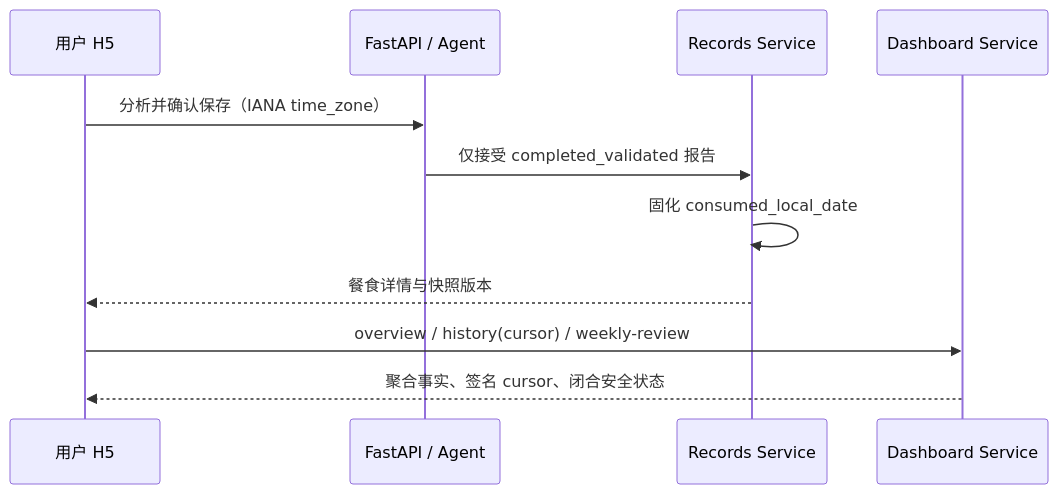
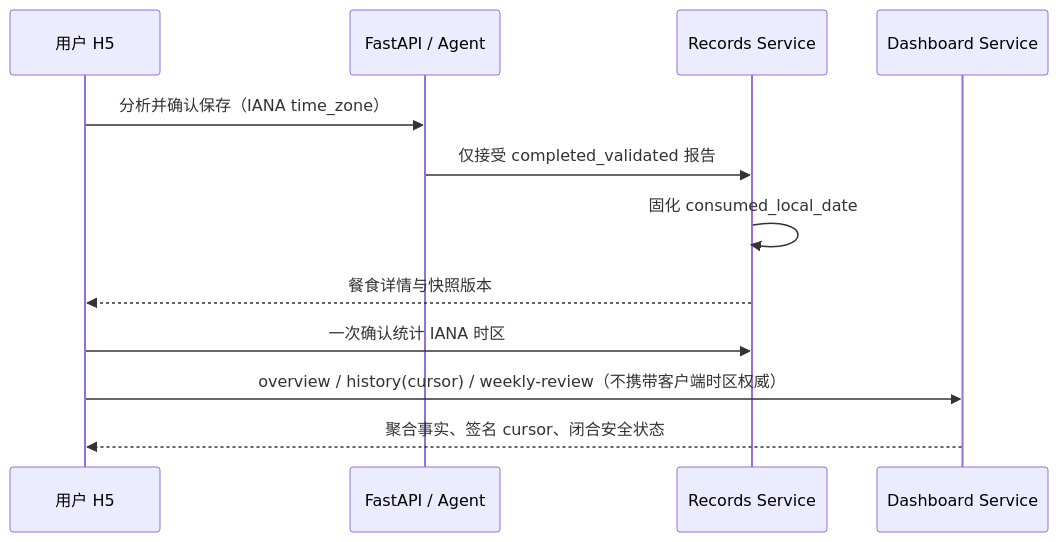
One commit to HuaguoshanLab/identify-food-calories changed the third of 4 diagrams in README.md. Above: the diagram before and after it, drawn with Mermaid. The commit also changed other lines of this file and 2 other files, not shown here.

````diff
--- a/README.md
+++ b/README.md
@@ -107,13 +119,14 @@
 ```mermaid
 sequenceDiagram
   participant U as 用户 H5
   participant A as FastAPI / Agent
   participant R as Records Service
   participant D as Dashboard Service
   U->>A: 分析并确认保存（IANA time_zone）
   A->>R: 仅接受 completed_validated 报告
   R->>R: 固化 consumed_local_date
   R-->>U: 餐食详情与快照版本
-  U->>D: overview / history(cursor) / weekly-review
+  U->>R: 一次确认统计 IANA 时区
+  U->>D: overview / history(cursor) / weekly-review（不携带客户端时区权威）
   D-->>U: 聚合事实、签名 cursor、闭合安全状态
 ```
````
